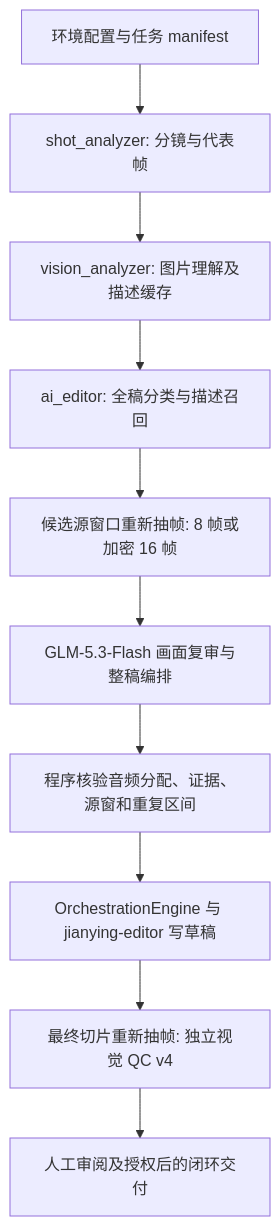
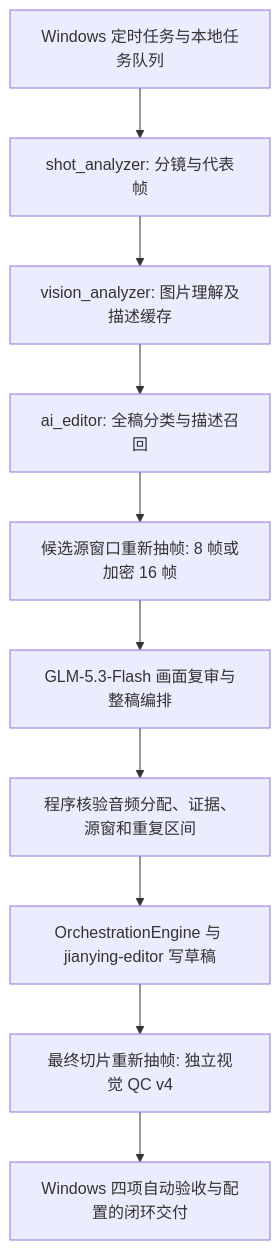
One commit to starfishwrx/video-editing-automation changed the diagram in docs/architecture.md. Above: the diagram before and after it, drawn with Mermaid. The commit also changed other lines of this file and 12 other files, not shown here.

````diff
--- a/docs/architecture.md
+++ b/docs/architecture.md
@@ -9,12 +11,12 @@
 ```mermaid
 flowchart TD
-    A[环境配置与任务 manifest] --> B[shot_analyzer: 分镜与代表帧]
+    A[Windows 定时任务与本地任务队列] --> B[shot_analyzer: 分镜与代表帧]
     B --> C[vision_analyzer: 图片理解及描述缓存]
     C --> D[ai_editor: 全稿分类与描述召回]
     D --> E[候选源窗口重新抽帧: 8 帧或加密 16 帧]
     E --> F[GLM-5.3-Flash 画面复审与整稿编排]
     F --> G[程序核验音频分配、证据、源窗和重复区间]
     G --> H[OrchestrationEngine 与 jianying-editor 写草稿]
     H --> I[最终切片重新抽帧: 独立视觉 QC v4]
-    I --> J[人工审阅及授权后的闭环交付]
+    I --> J[Windows 四项自动验收与配置的闭环交付]
 ```
````
